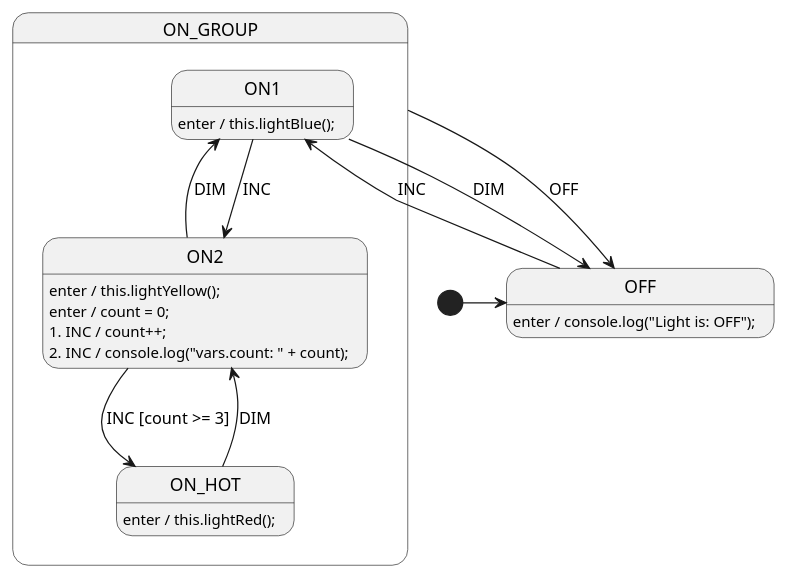
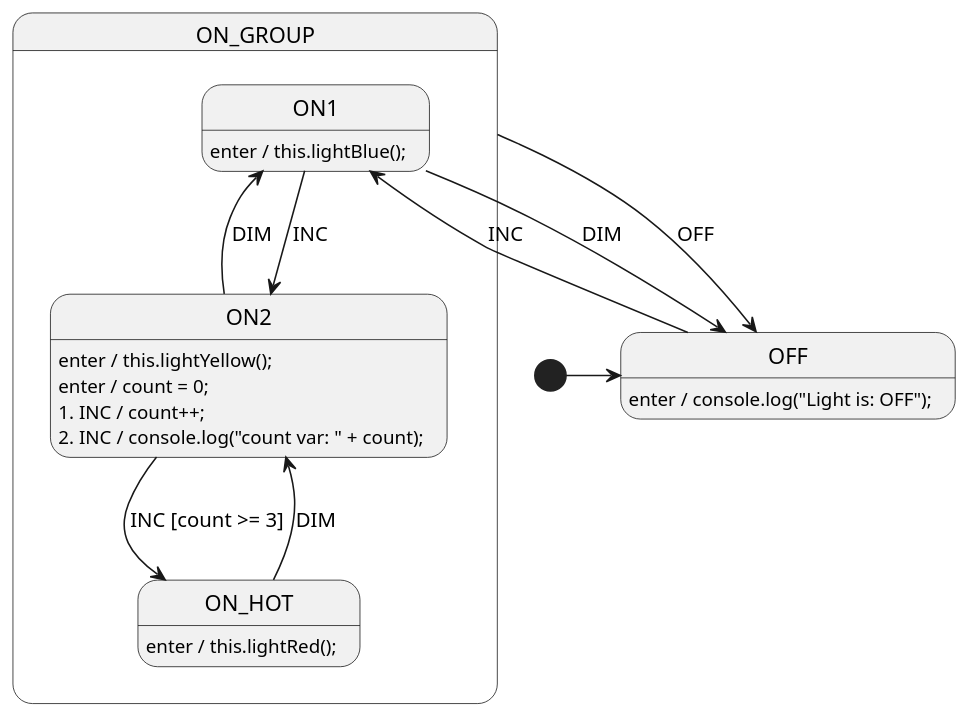
Before and after one commit to StateSmith/tutorial-3: the diagram in lesson-4/js-node/LightSm.plantuml, drawn with PlantUML. The commit also changed 37 other files, not shown here.

Commit message:
update ss.cli and print `count var:`

```diff
--- a/lesson-4/js-node/LightSm.plantuml
+++ b/lesson-4/js-node/LightSm.plantuml
@@ -1,61 +1,63 @@
 @startuml LightSm
+scale 1.25
 
 ' //////////////////////// STATE ORGANIZATION ///////////////////////
 ' Note: StateSmith treats state names and events as case insensitive.
 ' More info: https://github.com/StateSmith/StateSmith/wiki/PlantUML
 
 state OFF
 state ON_GROUP {
     state ON1
     state ON2
     state ON_HOT
 }
 
 [*] -> OFF
 
 ' ///////////////////////// STATE HANDLERS /////////////////////////
 ' Syntax: https://github.com/StateSmith/StateSmith/wiki/Behaviors
 
 OFF: enter / console.log("Light is: OFF");
 OFF --> ON1: INC
 
 ON_GROUP --> OFF : OFF
 
 ON1: enter / this.lightBlue();
 ON1 --> ON2: INC
 ON1 --> OFF: DIM
 
 ON2: enter / this.lightYellow();
 ON2: enter / count = 0;
 ON2: 1. INC / count++;
-ON2: 2. INC / console.log("vars.count: " + count);
+ON2: 2. INC / console.log("count var: " + count);
 ON2 --> ON_HOT: INC [count >= 3]
 ON2 --> ON1: DIM
 
 ON_HOT: enter / this.lightRed();
 ON_HOT --> ON2: DIM
 
 
 ' //////////////////////// StateSmith config ////////////////////////
 ' The below special comment block sets the StateSmith configuration.
 ' More info: https://github.com/StateSmith/StateSmith/issues/335
 
 /'! $CONFIG : toml
 SmRunnerSettings.transpilerId = "JavaScript"
 
 [RenderConfig]
 AutoExpandedVars = """
     count : 0, // variable for state machine
     """
+# You could also put the variable in the base class instead.
 FileTop = """
     "use strict";    
     // any text you put in IRenderConfig.FileTop (like this comment) will be written to the generated .h file
     import { LightSmBase } from "./LightSmBase.js";
     """
 
 [RenderConfig.JavaScript]
 ExtendsSuperClass = "LightSmBase"
 UseExportOnClass = true
 
 '/
 @enduml
```
